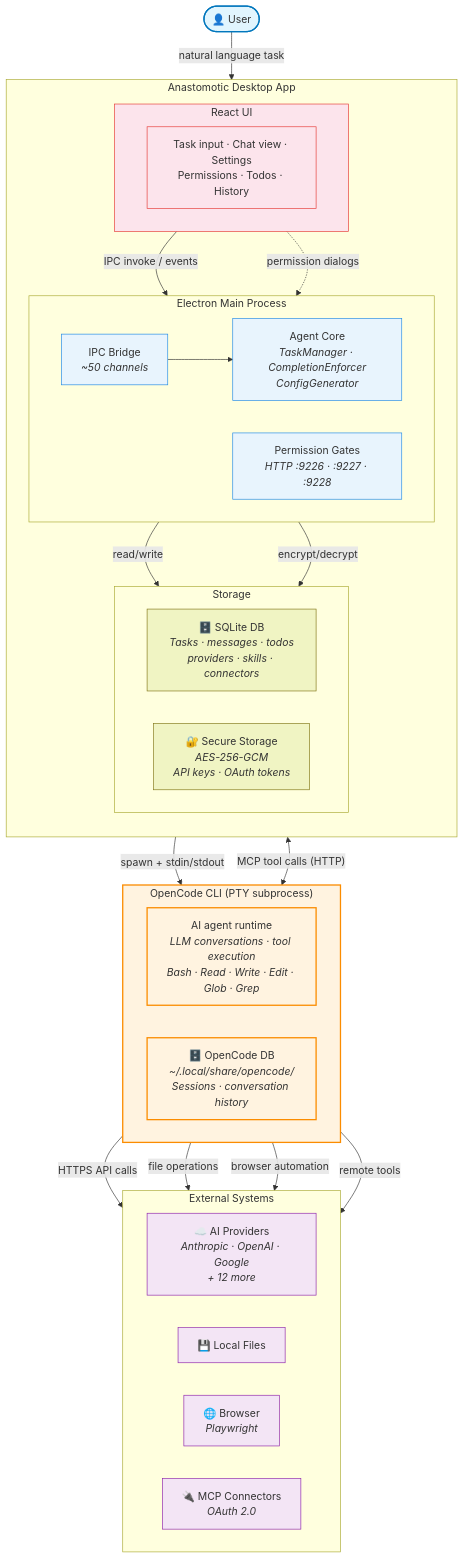
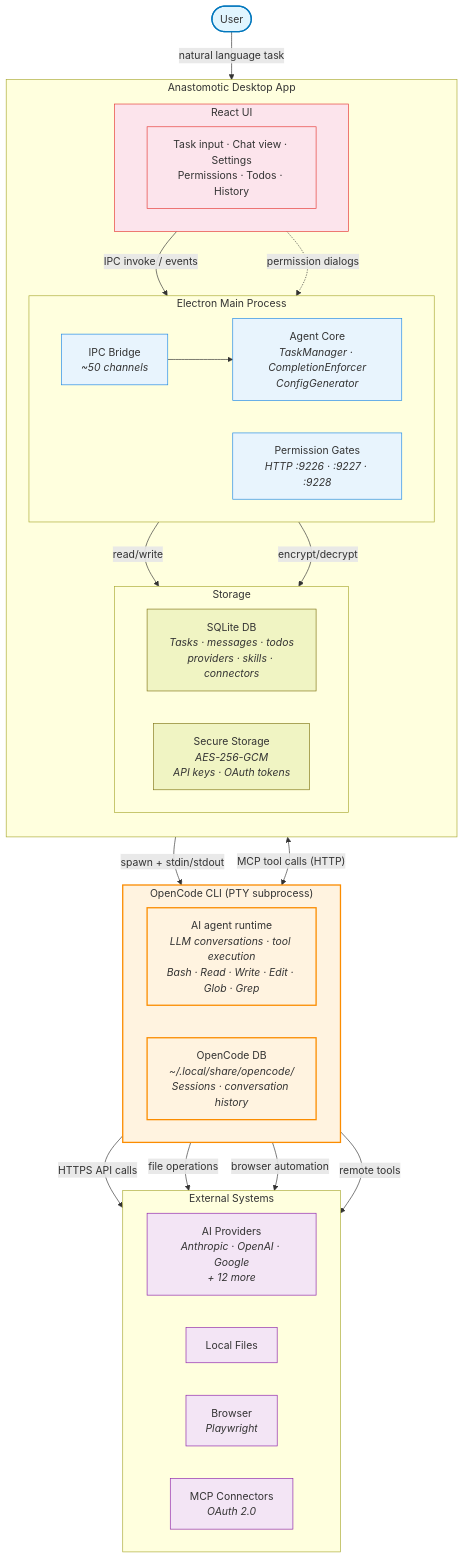
The first of 8 diagrams in docs/functional-viewpoint.md (anastomotic-ai/anastomotic), drawn with Mermaid before and after one commit. The commit also changed 40 other files, not shown here.

````diff
--- a/docs/functional-viewpoint.md
+++ b/docs/functional-viewpoint.md
@@ -13,69 +13,69 @@
 ```mermaid
 graph TB
-  USER(["👤 User"])
+  USER(["User"])
 
   subgraph ELECTRON["Anastomotic Desktop App"]
     direction TB
 
     subgraph UI["React UI"]
       UI_DESC["Task input · Chat view · Settings<br/>Permissions · Todos · History"]
     end
 
     subgraph MAIN_PROC["Electron Main Process"]
       direction LR
       IPC["IPC Bridge<br/><i>~50 channels</i>"]
       CORE["Agent Core<br/><i>TaskManager · CompletionEnforcer<br/>ConfigGenerator</i>"]
       GATES["Permission Gates<br/><i>HTTP :9226 · :9227 · :9228</i>"]
     end
 
     subgraph STORAGE["Storage"]
       direction LR
-      DB["🗄️ SQLite DB<br/><i>Tasks · messages · todos<br/>providers · skills · connectors</i>"]
-      KEYS["🔐 Secure Storage<br/><i>AES-256-GCM<br/>API keys · OAuth tokens</i>"]
+      DB["SQLite DB<br/><i>Tasks · messages · todos<br/>providers · skills · connectors</i>"]
+      KEYS["Secure Storage<br/><i>AES-256-GCM<br/>API keys · OAuth tokens</i>"]
     end
   end
 
   subgraph OC["OpenCode CLI  (PTY subprocess)"]
     OC_DESC["AI agent runtime<br/><i>LLM conversations · tool execution<br/>Bash · Read · Write · Edit · Glob · Grep</i>"]
-    OC_DB["🗄️ OpenCode DB<br/><i>~/.local/share/opencode/<br/>Sessions · conversation history</i>"]
+    OC_DB["OpenCode DB<br/><i>~/.local/share/opencode/<br/>Sessions · conversation history</i>"]
   end
 
   subgraph EXTERNAL["External Systems"]
     direction LR
-    AI["☁️ AI Providers<br/><i>Anthropic · OpenAI · Google<br/>+ 12 more</i>"]
-    FS["💾 Local Files"]
-    BROWSER["🌐 Browser<br/><i>Playwright</i>"]
-    MCP_EXT["🔌 MCP Connectors<br/><i>OAuth 2.0</i>"]
+    AI["AI Providers<br/><i>Anthropic · OpenAI · Google<br/>+ 12 more</i>"]
+    FS["Local Files"]
+    BROWSER["Browser<br/><i>Playwright</i>"]
+    MCP_EXT["MCP Connectors<br/><i>OAuth 2.0</i>"]
   end
 
   USER -->|"natural language task"| UI
   UI -->|"IPC invoke / events"| IPC
   IPC --> CORE
   CORE -->|"spawn + stdin/stdout"| OC
   GATES <-->|"MCP tool calls (HTTP)"| OC
 
   OC -->|"HTTPS API calls"| AI
   OC -->|"file operations"| FS
   OC -->|"browser automation"| BROWSER
   OC -->|"remote tools"| MCP_EXT
 
   CORE -->|"read/write"| DB
   CORE -->|"encrypt/decrypt"| KEYS
 
   UI -.->|"permission dialogs"| GATES
 
   classDef userClass fill:#e1f5fe,stroke:#0277bd,stroke-width:2px
   classDef electronClass fill:#f5f5f5,stroke:#424242,stroke-width:2px
   classDef uiClass fill:#fce4ec,stroke:#e53935
   classDef mainClass fill:#e8f4fd,stroke:#1e88e5
   classDef ocClass fill:#fff3e0,stroke:#fb8c00,stroke-width:2px
   classDef extClass fill:#f3e5f5,stroke:#8e24aa
   classDef storageClass fill:#f0f4c3,stroke:#827717
 
   class USER userClass
   class UI,UI_DESC uiClass
   class IPC,CORE,GATES mainClass
   class OC,OC_DESC,OC_DB ocClass
   class AI,FS,BROWSER,MCP_EXT extClass
   class DB,KEYS storageClass
 ```
````
